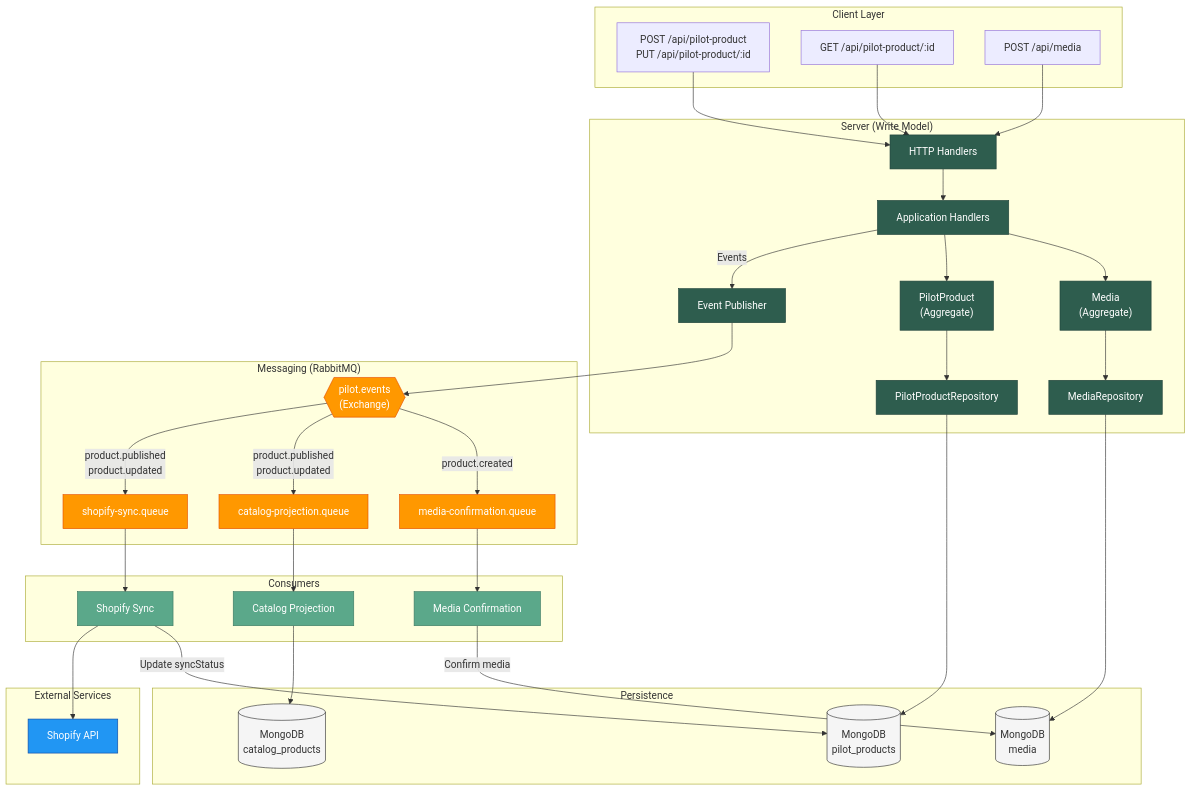
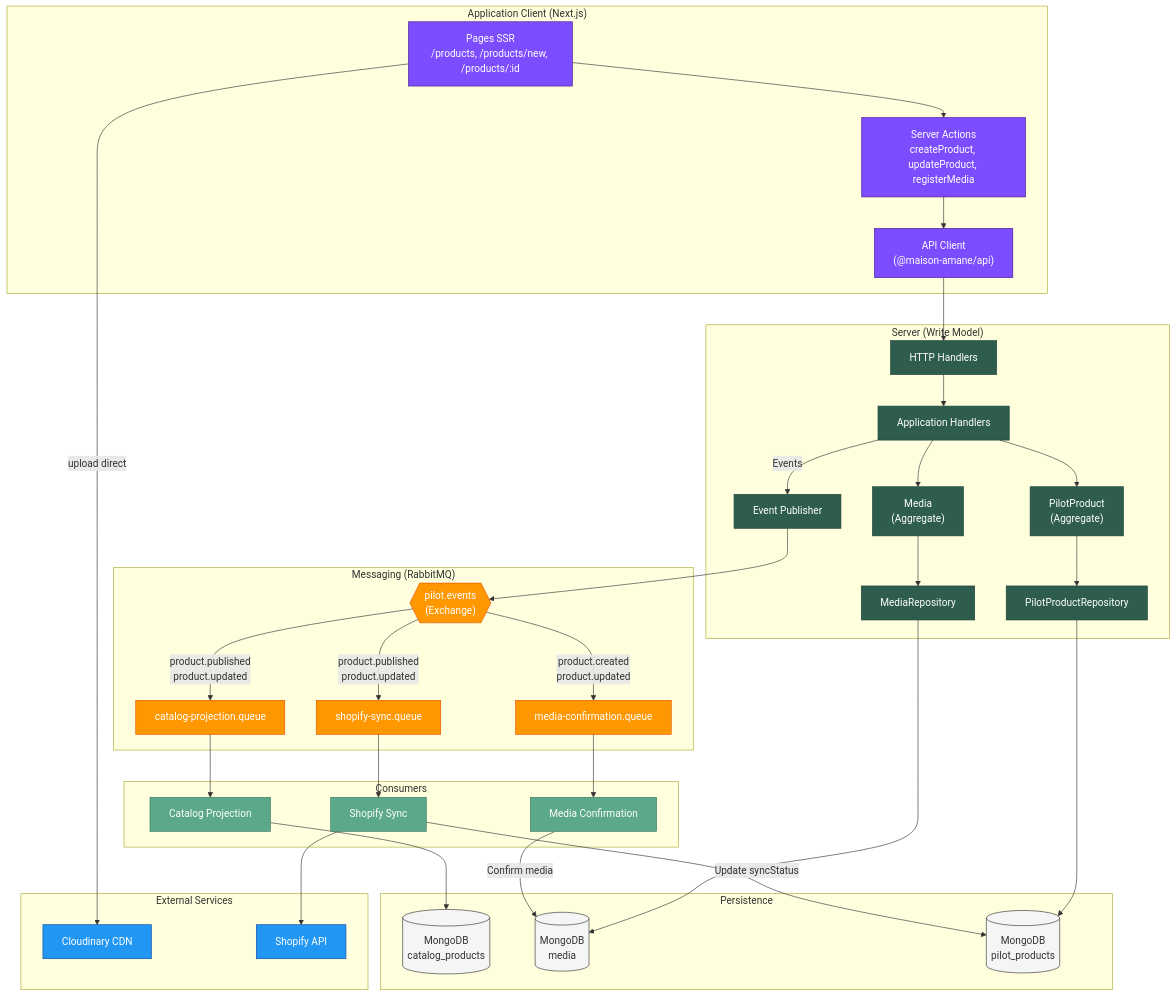
One commit to aagwali/maison-amane changed the first of 2 diagrams in apps/docs/docs/architecture/overview.mdx. Above: the diagram before and after it, drawn with Mermaid. The commit also changed other lines of this file and 5 other files, not shown here.

````diff
--- a/apps/docs/docs/architecture/overview.mdx
+++ b/apps/docs/docs/architecture/overview.mdx
@@ -16,9 +16,9 @@
 ```mermaid
 flowchart TB
-    subgraph Client["Client Layer"]
-        HTTP_CMD["POST /api/pilot-product<br/>PUT /api/pilot-product/:id"]
-        HTTP_QUERY["GET /api/pilot-product/:id"]
-        HTTP_MEDIA["POST /api/media"]
+    subgraph Client["Application Client (Next.js)"]
+        Pages["Pages SSR<br/>/products, /products/new, /products/:id"]
+        ServerActions["Server Actions<br/>createProduct, updateProduct, registerMedia"]
+        ApiClient["API Client<br/>(@maison-amane/api)"]
     end
 
     subgraph Server["Server (Write Model)"]
@@ -51,12 +51,14 @@
     end
 
     subgraph External["External Services"]
+        CloudinaryCDN["Cloudinary CDN"]
         Shopify["Shopify API"]
     end
 
-    HTTP_CMD --> Handler
-    HTTP_QUERY --> Handler
-    HTTP_MEDIA --> Handler
+    Pages --> ServerActions
+    ServerActions --> ApiClient
+    ApiClient --> Handler
+    Pages -->|"upload direct"| CloudinaryCDN
     Handler --> AppHandler
     AppHandler -->|"Events"| Publisher
     AppHandler --> PilotAggregate
@@ -69,7 +71,7 @@
 
     Exchange -->|"product.published<br/>product.updated"| ShopifyQueue
     Exchange -->|"product.published<br/>product.updated"| CatalogQueue
-    Exchange -->|"product.created"| MediaQueue
+    Exchange -->|"product.created<br/>product.updated"| MediaQueue
 
     ShopifyQueue --> ShopifyConsumer
     ShopifyConsumer --> Shopify
@@ -86,10 +88,12 @@
     classDef storage fill:#f5f5f5,stroke:#333,color:#333
     classDef messaging fill:#ff9800,stroke:#e65100,color:#fff
     classDef external fill:#2196f3,stroke:#0d47a1,color:#fff
+    classDef client fill:#7c4dff,stroke:#4a148c,color:#fff
 
     class Handler,AppHandler,PilotAggregate,MediaAggregate,PilotRepo,MediaRepo,Publisher primary
     class CatalogConsumer,ShopifyConsumer,MediaConsumer secondary
     class MongoDB_Pilot,MongoDB_Catalog,MongoDB_Media storage
     class Exchange,CatalogQueue,ShopifyQueue,MediaQueue messaging
-    class Shopify external
+    class Shopify,CloudinaryCDN external
+    class Pages,ServerActions,ApiClient client
 ```
````
